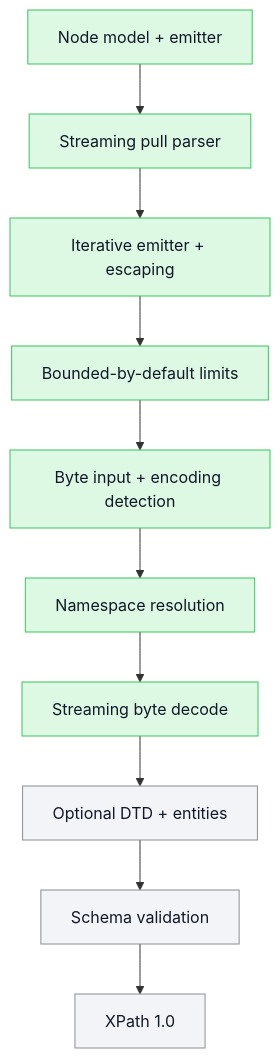
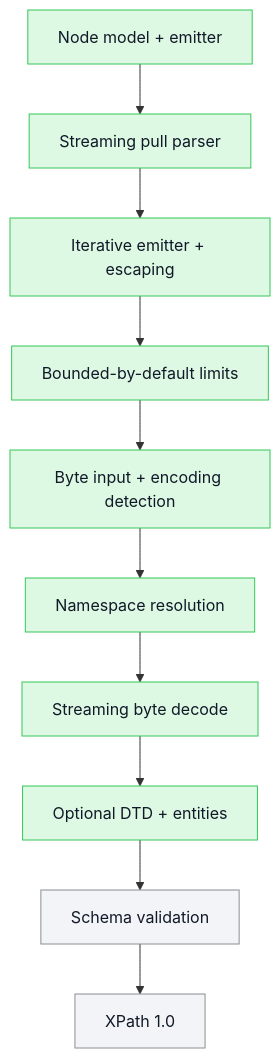
One commit to mihaelamj/PureXML changed the second of 2 diagrams in README.md. Above: the diagram before and after it, drawn with Mermaid. The commit also changed 7 other files, not shown here.

First line of the commit message:
feat(parser): optional DTD with internal entities and billion-laughs defense

````diff
--- a/README.md
+++ b/README.md
@@ -45,26 +45,26 @@
 ```mermaid
 flowchart TB
   classDef done fill:#ddf9e4,stroke:#34c759,color:#111827
   classDef review fill:#fff7d6,stroke:#ffcc00,color:#111827
   classDef epic fill:#f2e5ff,stroke:#af52de,color:#111827
   classDef todo fill:#f2f4f7,stroke:#8e8e93,color:#111827
   Model["Node model + emitter"]:::done
   Stream["Streaming pull parser"]:::done
   Escape["Iterative emitter + escaping"]:::done
   Limits["Bounded-by-default limits"]:::done
   Bytes["Byte input + encoding detection"]:::done
   Namespaces["Namespace resolution"]:::done
   ByteStream["Streaming byte decode"]:::done
-  DTD["Optional DTD + entities"]:::todo
+  DTD["Optional DTD + entities"]:::done
   Validation["Schema validation"]:::todo
   XPath["XPath 1.0"]:::todo
   Model --> Stream
   Stream --> Escape
   Escape --> Limits
   Limits --> Bytes
   Bytes --> Namespaces
   Namespaces --> ByteStream
   ByteStream --> DTD
   DTD --> Validation
   Validation --> XPath
 ```
````
